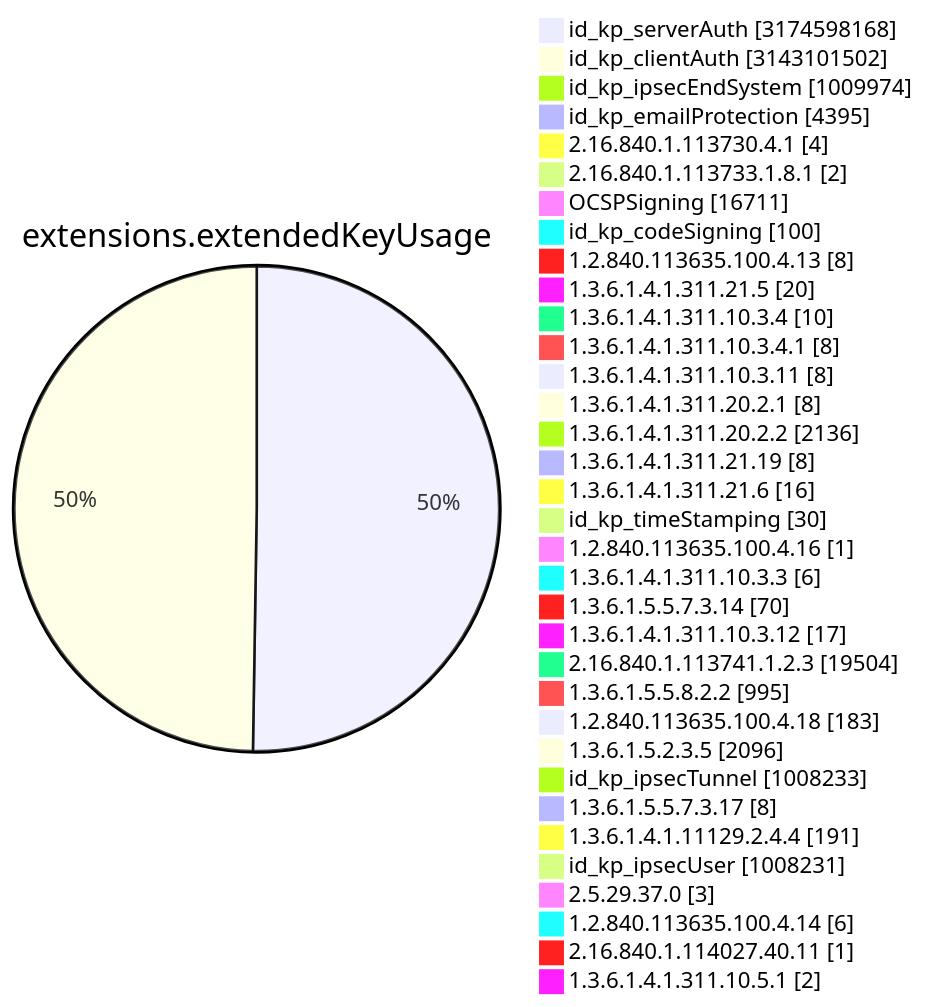
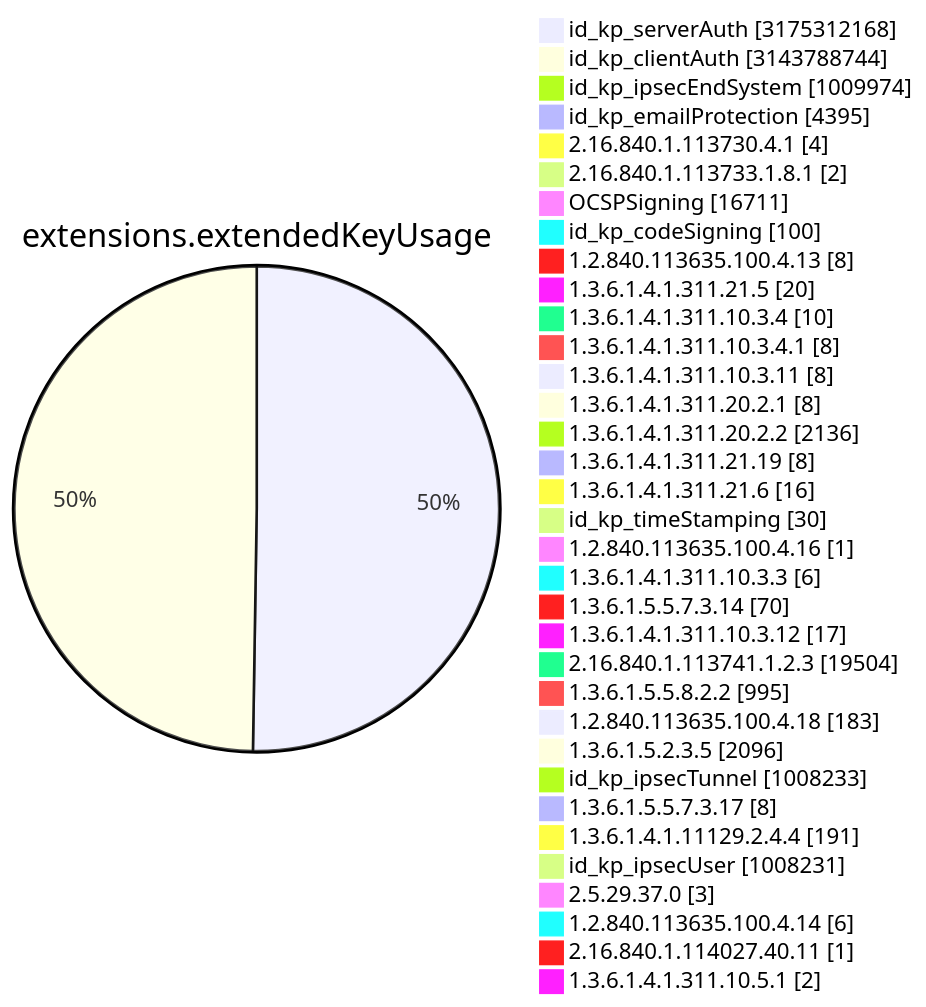
Before and after one commit to christiankrug/ctmonitor_visualization: diagram 11 of 15 in TOTAL/README.md, drawn with Mermaid. The commit also changed other lines of this file, not shown here.

````diff
--- a/TOTAL/README.md
+++ b/TOTAL/README.md
@@ -4119,38 +4119,38 @@
 ```mermaid
 pie showData
 title extensions.extendedKeyUsage
-"id_kp_serverAuth" :3174598168
-"id_kp_clientAuth" :3143101502
+"id_kp_serverAuth" :3175312168
+"id_kp_clientAuth" :3143788744
 "id_kp_ipsecEndSystem" :1009974
 "id_kp_emailProtection" :4395
 "2.16.840.1.113730.4.1" :4
 "2.16.840.1.113733.1.8.1" :2
 "OCSPSigning" :16711
 "id_kp_codeSigning" :100
 "1.2.840.113635.100.4.13" :8
 "1.3.6.1.4.1.311.21.5" :20
 "1.3.6.1.4.1.311.10.3.4" :10
 "1.3.6.1.4.1.311.10.3.4.1" :8
 "1.3.6.1.4.1.311.10.3.11" :8
 "1.3.6.1.4.1.311.20.2.1" :8
 "1.3.6.1.4.1.311.20.2.2" :2136
 "1.3.6.1.4.1.311.21.19" :8
 "1.3.6.1.4.1.311.21.6" :16
 "id_kp_timeStamping" :30
 "1.2.840.113635.100.4.16" :1
 "1.3.6.1.4.1.311.10.3.3" :6
 "1.3.6.1.5.5.7.3.14" :70
 "1.3.6.1.4.1.311.10.3.12" :17
 "2.16.840.1.113741.1.2.3" :19504
 "1.3.6.1.5.5.8.2.2" :995
 "1.2.840.113635.100.4.18" :183
 "1.3.6.1.5.2.3.5" :2096
 "id_kp_ipsecTunnel" :1008233
 "1.3.6.1.5.5.7.3.17" :8
 "1.3.6.1.4.1.11129.2.4.4" :191
 "id_kp_ipsecUser" :1008231
 "2.5.29.37.0" :3
 "1.2.840.113635.100.4.14" :6
 "2.16.840.1.114027.40.11" :1
 "1.3.6.1.4.1.311.10.5.1" :2
 ```
````
